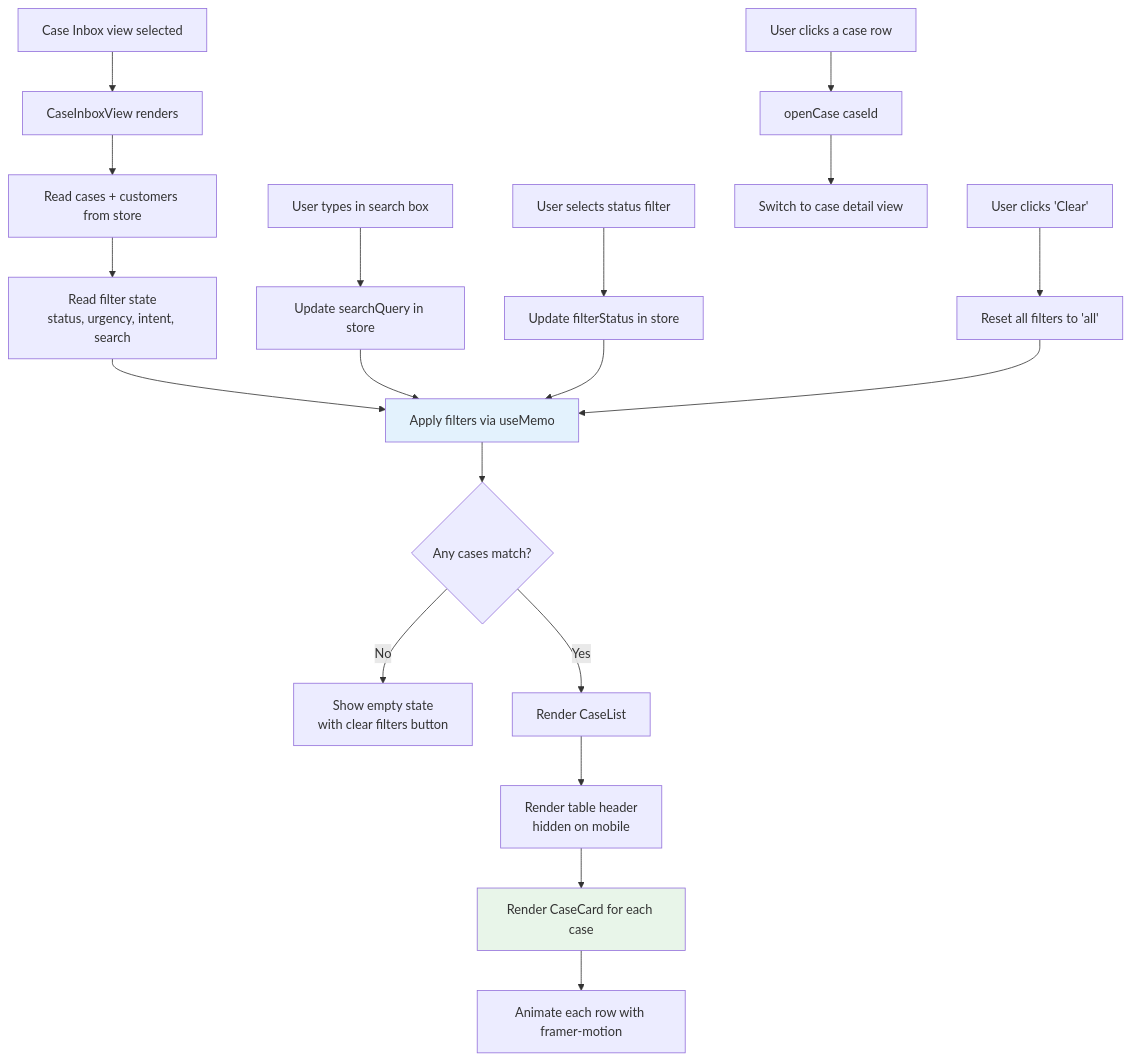
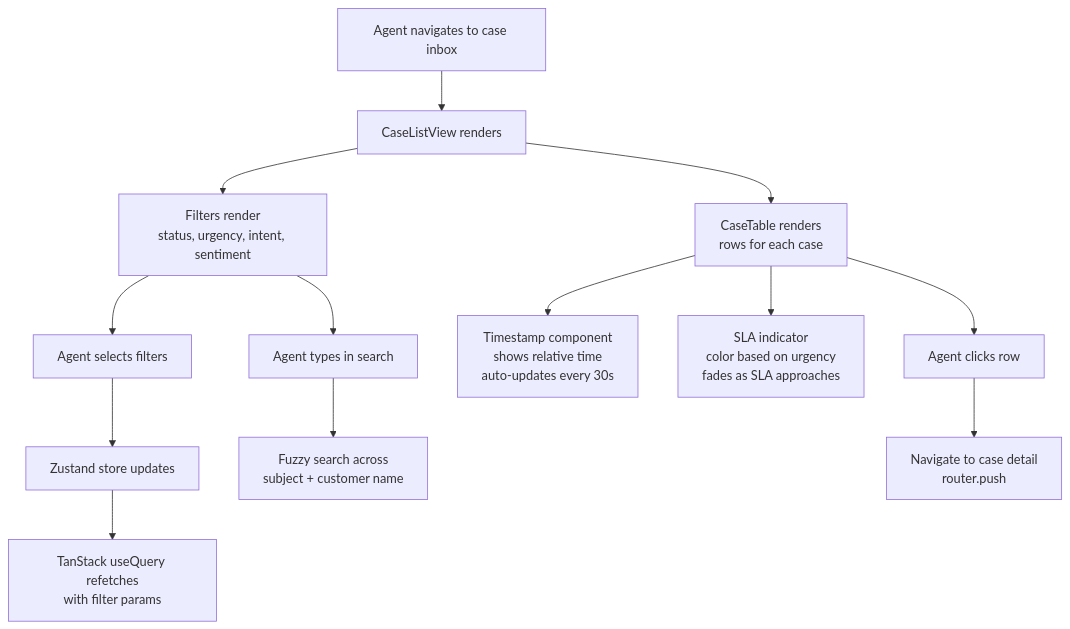
One commit to rmn2178/TENTACLE changed diagram 19 of 26 in README.md. Above: the diagram before and after it, drawn with Mermaid. The commit also changed other lines of this file and 14 other files, not shown here.

````diff
--- a/README.md
+++ b/README.md
@@ -1108,28 +1116,17 @@
 ```mermaid
 flowchart TD
-    A[Case Inbox view selected] --> B[CaseInboxView renders]
-    B --> C[Read cases + customers from store]
-    C --> D[Read filter state<br/>status, urgency, intent, search]
-    D --> E[Apply filters via useMemo]
-    E --> F{Any cases match?}
-    F -- No --> F1[Show empty state<br/>with clear filters button]
-    F -- Yes --> G[Render CaseList]
-    G --> G1[Render table header<br/>hidden on mobile]
-    G1 --> G2[Render CaseCard for each case]
-    G2 --> G3[Animate each row with framer-motion]
+    A[Agent navigates to case inbox] --> B[CaseListView renders]
+    B --> C[Filters render<br/>status, urgency, intent, sentiment]
+    C --> D[Agent selects filters]
+    D --> E[Zustand store updates]
+    E --> F[TanStack useQuery refetches<br/>with filter params]
 
-    H[User types in search box] --> H1[Update searchQuery in store]
-    H1 --> E
+    B --> G[CaseTable renders<br/>rows for each case]
+    G --> H[Timestamp component<br/>shows relative time<br/>auto-updates every 30s]
+    G --> I[SLA indicator<br/>color based on urgency<br/>fades as SLA approaches]
+    G --> J[Agent clicks row]
+    J --> K[Navigate to case detail<br/>router.push]
 
-    I[User selects status filter] --> I1[Update filterStatus in store]
-    I1 --> E
-
-    J[User clicks a case row] --> J1[openCase caseId]
-    J1 --> J2[Switch to case detail view]
-
-    K[User clicks 'Clear'] --> K1[Reset all filters to 'all']
-    K1 --> E
-
-    style E fill:#e3f2fd
-    style G2 fill:#e8f5e9
+    C --> C1[Agent types in search]
+    C1 --> C2[Fuzzy search across<br/>subject + customer name]
 ```
````
